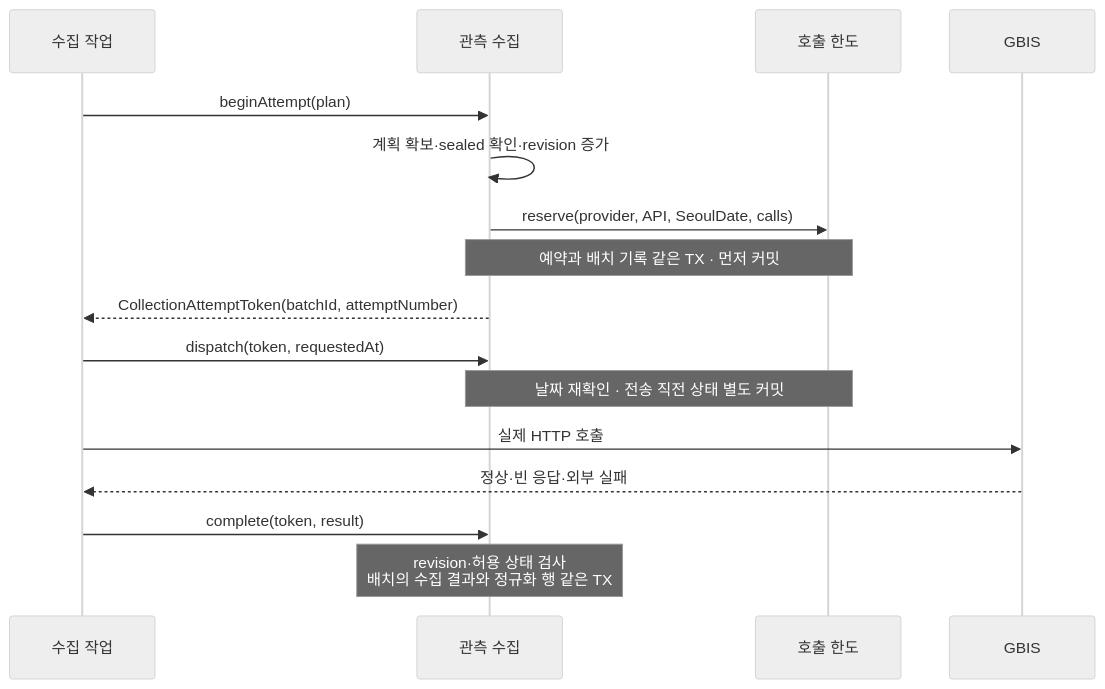
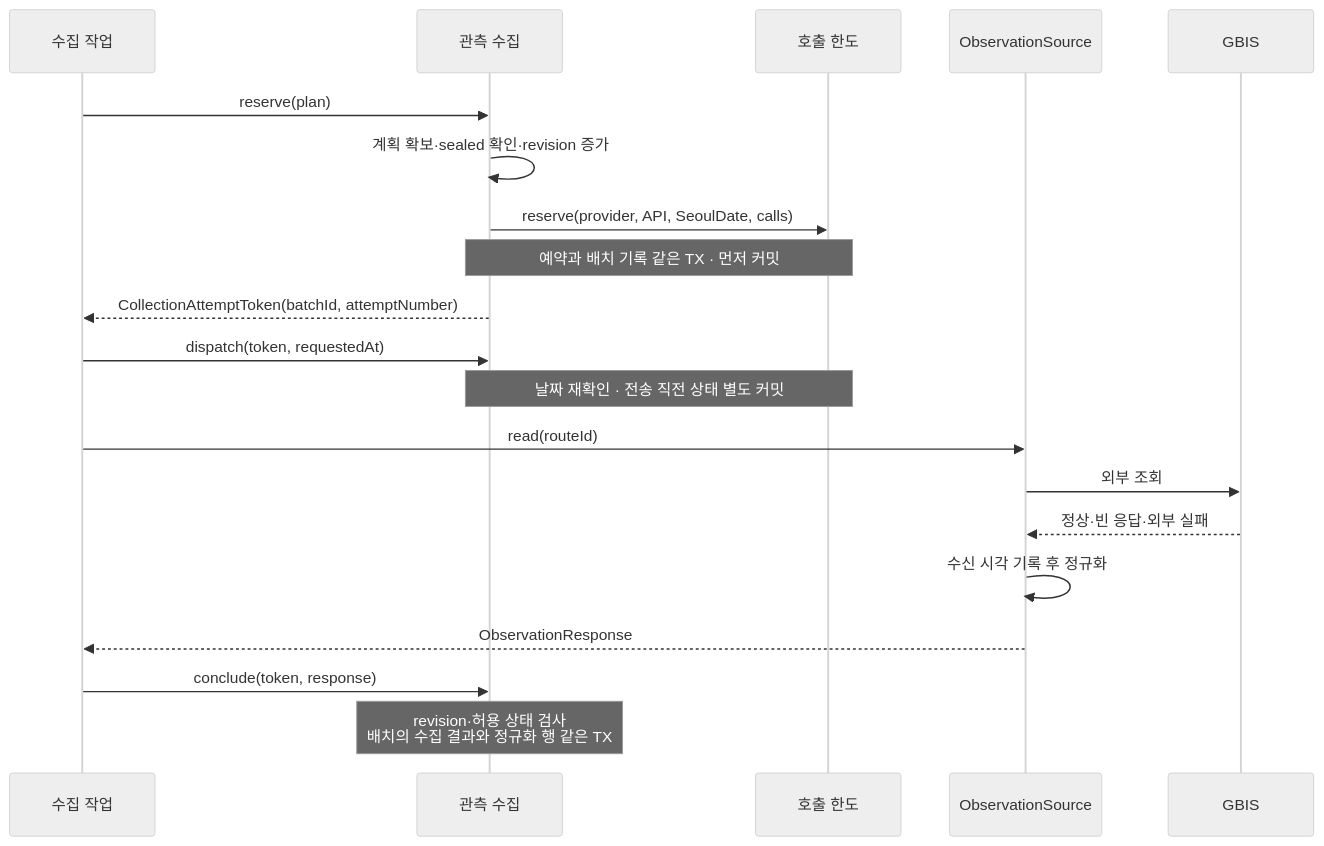
One commit to woowacourse-teams/2026-salmonbus changed the fourth of 4 diagrams in docs/refactoring/ddd/00-design.md. Above: the diagram before and after it, drawn with Mermaid (neutral theme). The commit also changed other lines of this file and 7 other files, not shown here.

````diff
--- a/docs/refactoring/ddd/00-design.md
+++ b/docs/refactoring/ddd/00-design.md
@@ -610,18 +612,22 @@
 ```mermaid
 sequenceDiagram
   participant W as 수집 작업
   participant O as 관측 수집
   participant B as 호출 한도
+  participant S as ObservationSource
   participant G as GBIS
-  W->>O: beginAttempt(plan)
+  W->>O: reserve(plan)
   O->>O: 계획 확보·sealed 확인·revision 증가
   O->>B: reserve(provider, API, SeoulDate, calls)
   Note over O,B: 예약과 배치 기록 같은 TX · 먼저 커밋
   O-->>W: CollectionAttemptToken(batchId, attemptNumber)
   W->>O: dispatch(token, requestedAt)
   Note over O,B: 날짜 재확인 · 전송 직전 상태 별도 커밋
-  W->>G: 실제 HTTP 호출
-  G-->>W: 정상·빈 응답·외부 실패
-  W->>O: complete(token, result)
+  W->>S: read(routeId)
+  S->>G: 외부 조회
+  G-->>S: 정상·빈 응답·외부 실패
+  S->>S: 수신 시각 기록 후 정규화
+  S-->>W: ObservationResponse
+  W->>O: conclude(token, response)
   Note over O: revision·허용 상태 검사<br/>배치의 수집 결과와 정규화 행 같은 TX
 ```
````
